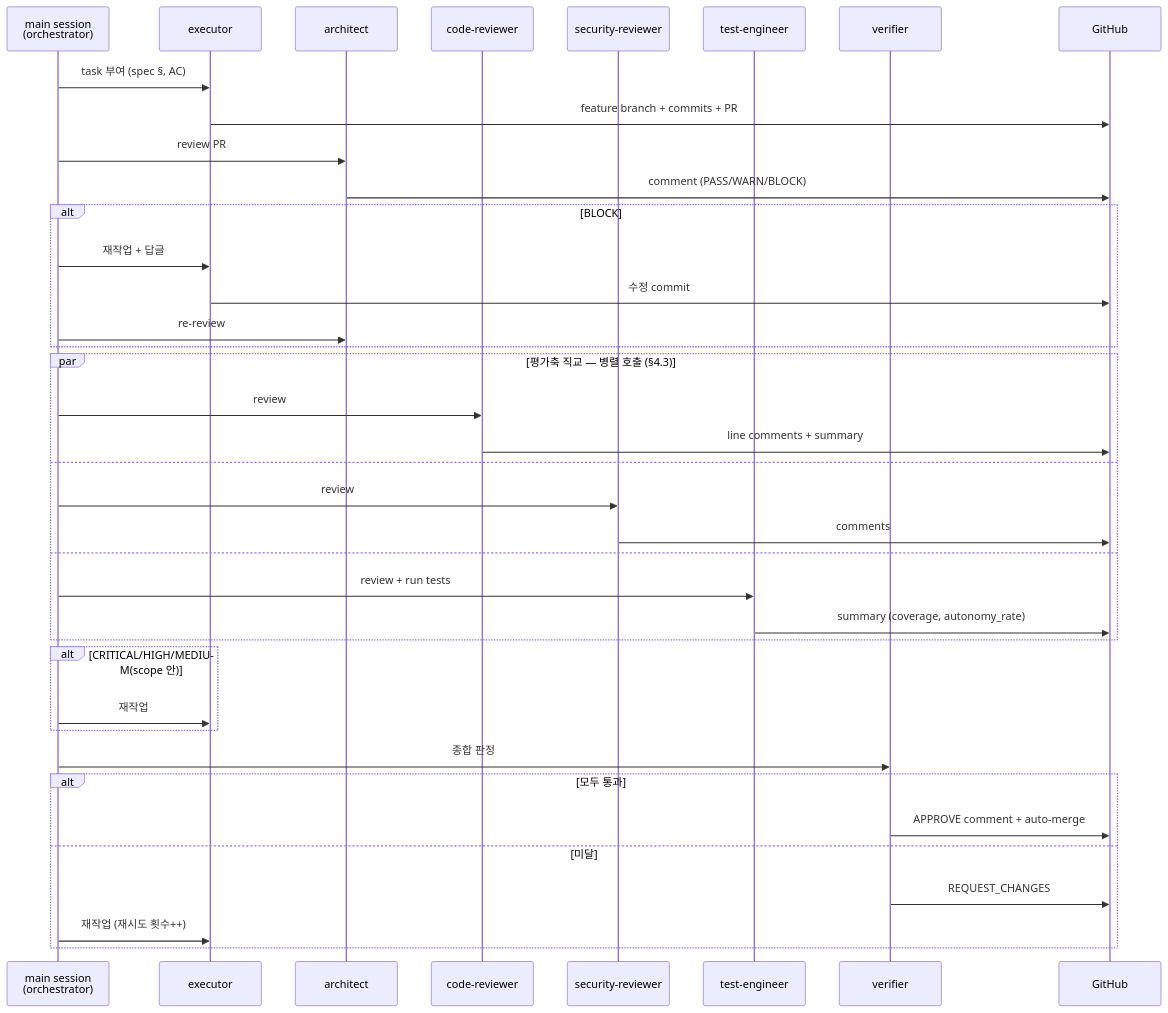
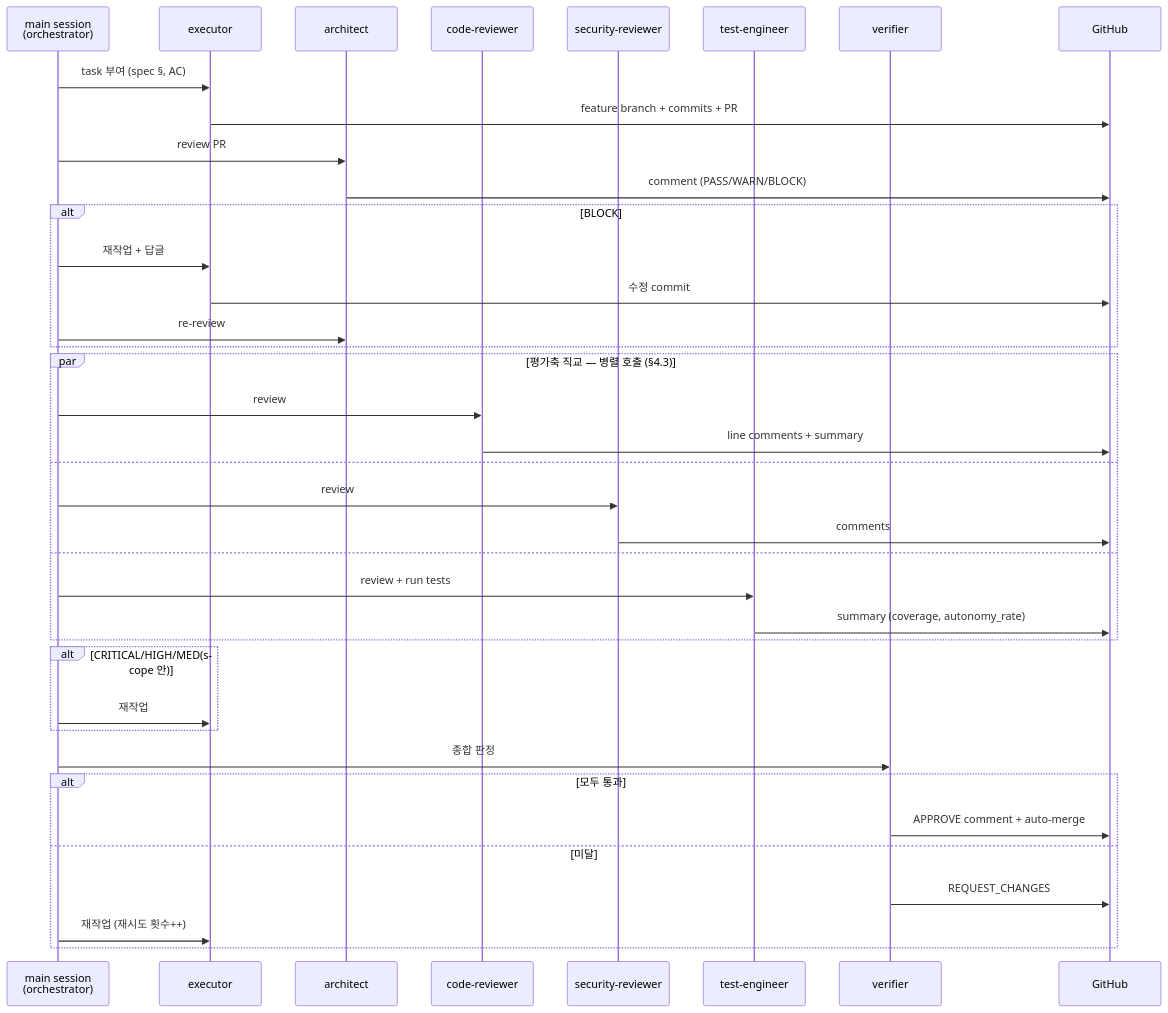
Before and after one commit to simsimhugh/macro-logbot: the second of 3 diagrams in docs/process/03-개발-프로세스.md, drawn with Mermaid. The commit also changed other lines of this file and 26 other files, not shown here.

````diff
--- a/docs/process/03-개발-프로세스.md
+++ b/docs/process/03-개발-프로세스.md
@@ -135,41 +135,41 @@
 ```mermaid
 sequenceDiagram
     participant Main as main session<br/>(orchestrator)
     participant Exec as executor
     participant Arch as architect
     participant CR as code-reviewer
     participant Sec as security-reviewer
     participant Test as test-engineer
     participant Ver as verifier
     participant GH as GitHub
 
     Main->>Exec: task 부여 (spec §, AC)
     Exec->>GH: feature branch + commits + PR
     Main->>Arch: review PR #N
     Arch->>GH: comment (PASS/WARN/BLOCK)
     alt BLOCK
         Main->>Exec: 재작업 + 답글
         Exec->>GH: 수정 commit
         Main->>Arch: re-review
     end
     par 평가축 직교 — 병렬 호출 (§4.3)
         Main->>CR: review
         CR->>GH: line comments + summary
     and
         Main->>Sec: review
         Sec->>GH: comments
     and
         Main->>Test: review + run tests
         Test->>GH: summary (coverage, autonomy_rate)
     end
-    alt CRITICAL/HIGH/MEDIUM(scope 안)
+    alt CRITICAL/HIGH/MED(scope 안)
         Main->>Exec: 재작업
     end
     Main->>Ver: 종합 판정
     alt 모두 통과
         Ver->>GH: APPROVE comment + auto-merge
     else 미달
         Ver->>GH: REQUEST_CHANGES
         Main->>Exec: 재작업 (재시도 횟수++)
     end
 ```
````
